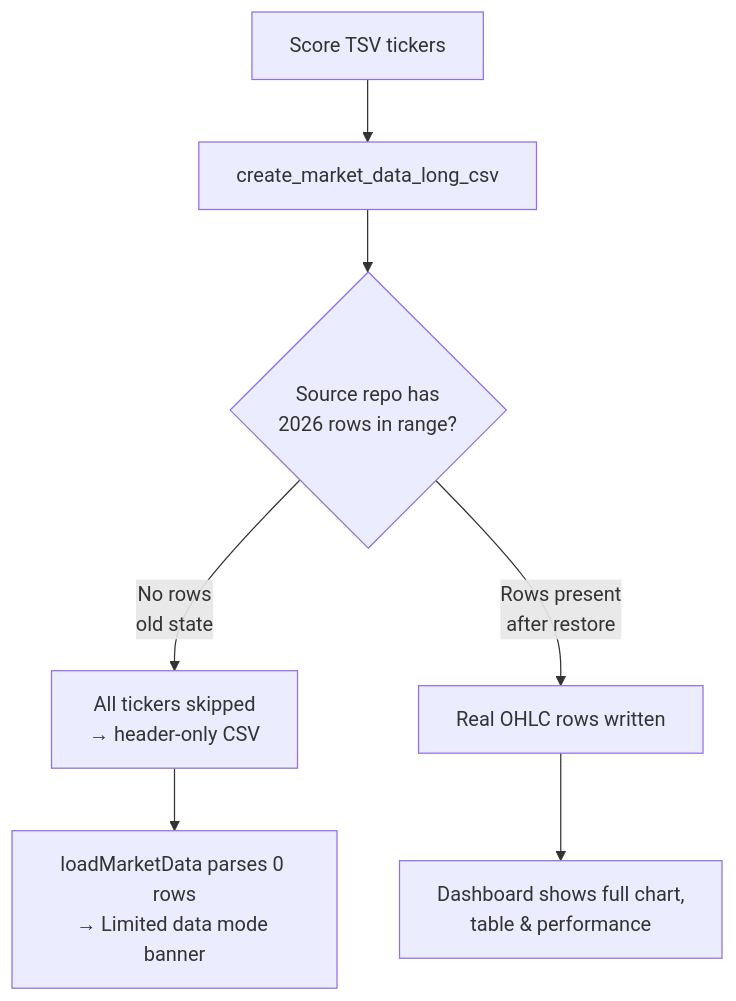
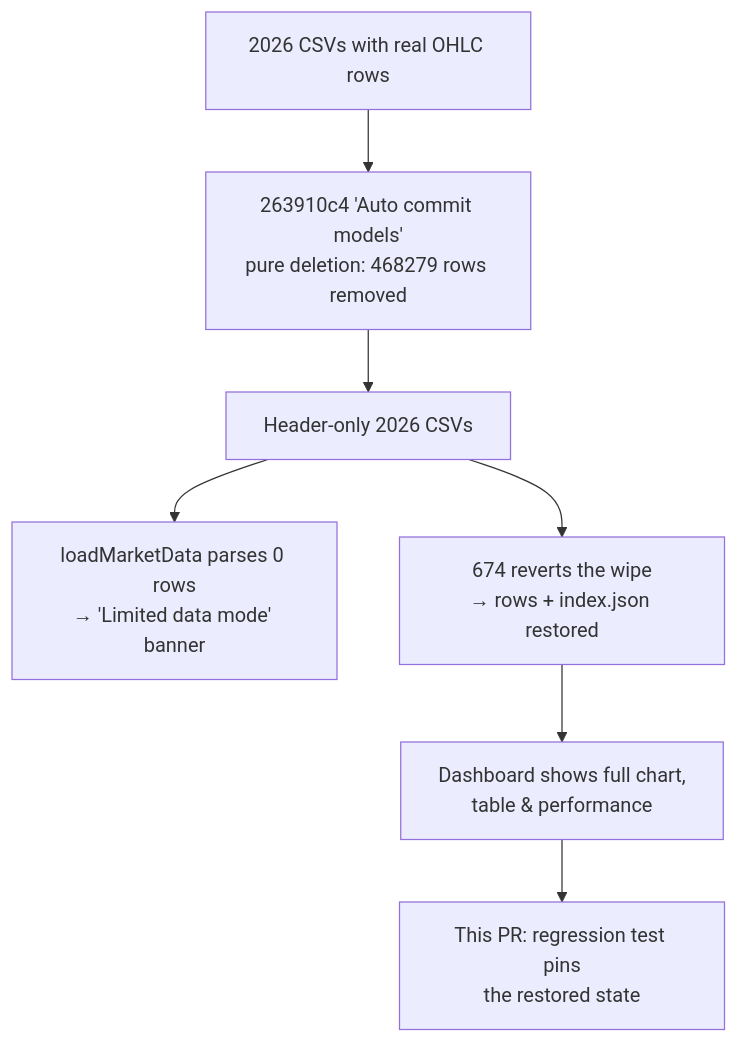
One commit to stSoftwareAU/GRQ-validation changed the diagram in docs/archive/pr-summaries/pr-summary-672.md. Above: the diagram before and after it, drawn with Mermaid. The commit also changed other lines of this file, not shown here.

First line of the commit message:
Pin restored 2026 market-data CSVs with regression test (Issue #672)

````diff
--- a/docs/archive/pr-summaries/pr-summary-672.md
+++ b/docs/archive/pr-summaries/pr-summary-672.md
@@ -51,9 +57,9 @@
 ```mermaid
 flowchart TD
-    A[Score TSV tickers] --> B[create_market_data_long_csv]
-    B --> C{Source repo has<br/>2026 rows in range?}
-    C -->|No rows<br/>old state| D[All tickers skipped<br/>→ header-only CSV]
-    C -->|Rows present<br/>after restore| E[Real OHLC rows written]
-    D --> F[loadMarketData parses 0 rows<br/>→ Limited data mode banner]
-    E --> G[Dashboard shows full chart,<br/>table & performance]
+    A[2026 CSVs with real OHLC rows] --> B[263910c4 'Auto commit models'<br/>pure deletion: 468279 rows removed]
+    B --> C[Header-only 2026 CSVs]
+    C --> D[loadMarketData parses 0 rows<br/>→ 'Limited data mode' banner]
+    C --> E[674 reverts the wipe<br/>→ rows + index.json restored]
+    E --> F[Dashboard shows full chart,<br/>table & performance]
+    F --> G[This PR: regression test pins<br/>the restored state]
 ```
````
